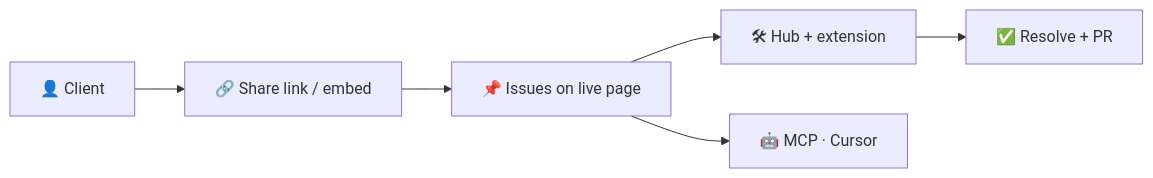
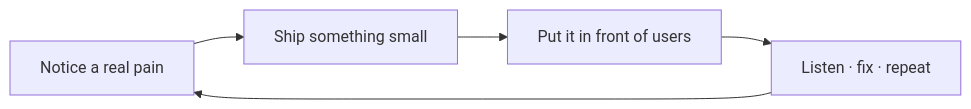
The diagram in README.md (hrushikeshvetagiri-tweak/hrushikeshvetagiri-tweak), drawn with Mermaid before and after one commit. The commit also changed other lines of this file and 1 other file, not shown here.

````diff
--- a/README.md
+++ b/README.md
@@ -47,8 +32,7 @@
 ```mermaid
 flowchart LR
-  A["👤 Client"] --> B["🔗 Share link / embed"]
-  B --> C["📌 Issues on live page"]
-  C --> D["🛠 Hub + extension"]
-  C --> E["🤖 MCP · Cursor"]
-  D --> F["✅ Resolve + PR"]
+  A["Notice a real pain"] --> B["Ship something small"]
+  B --> C["Put it in front of users"]
+  C --> D["Listen · fix · repeat"]
+  D --> A
 ```
````
